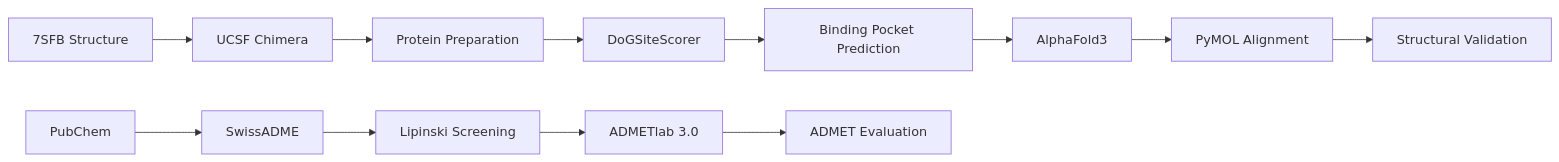
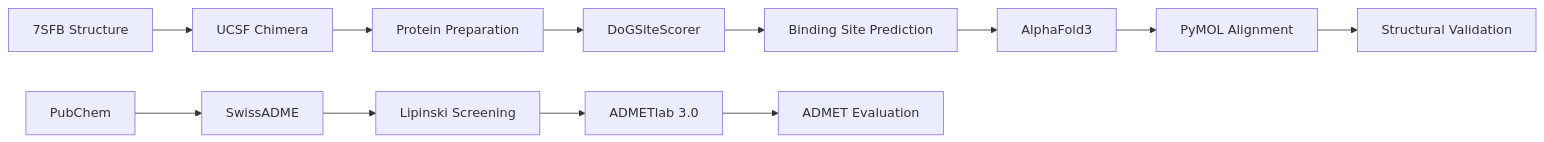
The diagram in README.md (itsayushi07/7sfb-cadd-pipeline), drawn with Mermaid before and after one commit. The commit also changed other lines of this file, not shown here.

````diff
--- a/README.md
+++ b/README.md
@@ -84,27 +68,27 @@
 ```mermaid
 flowchart LR
 
 A[PubChem]
 --> B[SwissADME]
 
 B --> C[Lipinski Screening]
 
 D[7SFB Structure]
 --> E[UCSF Chimera]
 
 E --> F[Protein Preparation]
 
 F --> G[DoGSiteScorer]
 
-G --> H[Binding Pocket Prediction]
+G --> H[Binding Site Prediction]
 
 C --> I[ADMETlab 3.0]
 
 I --> J[ADMET Evaluation]
 
 H --> K[AlphaFold3]
 
 K --> L[PyMOL Alignment]
 
 L --> M[Structural Validation]
 ```
````
